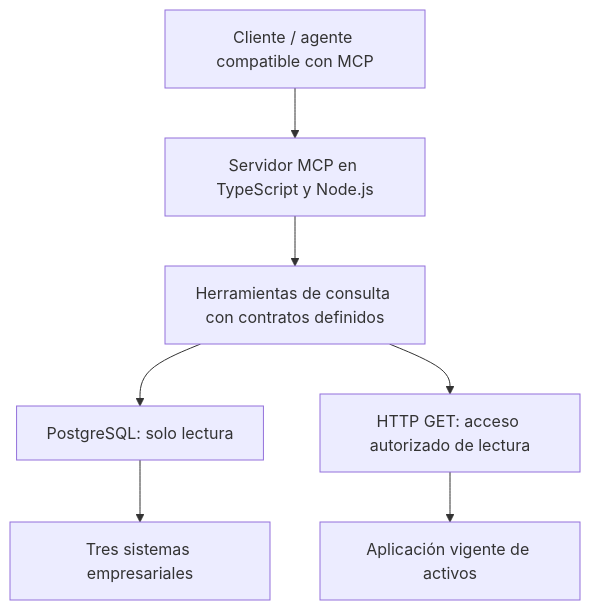
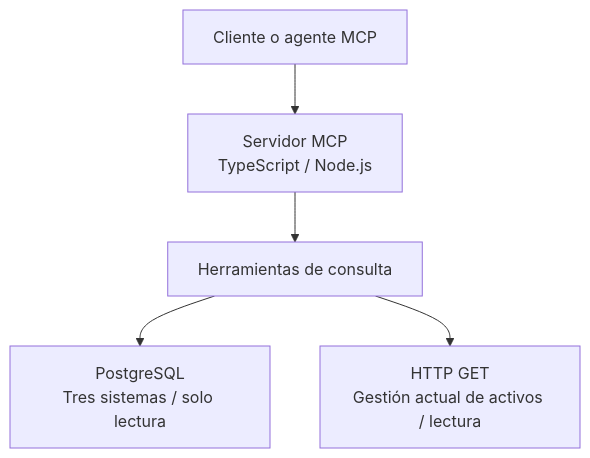
One commit to jotaprogramming/Portfolio changed the diagram in case-study-mcp.md. Above: the diagram before and after it, drawn with Mermaid. The commit also changed other lines of this file and 4 other files, not shown here.

````diff
--- a/case-study-mcp.md
+++ b/case-study-mcp.md
@@ -49,9 +49,7 @@
 ```mermaid
 flowchart TD
-    A["Cliente / agente compatible con MCP"] --> B["Servidor MCP en TypeScript y Node.js"]
-    B --> C["Herramientas de consulta con contratos definidos"]
-    C --> D["PostgreSQL: solo lectura"]
-    C --> E["HTTP GET: acceso autorizado de lectura"]
-    D --> F["Tres sistemas empresariales"]
-    E --> G["Aplicación vigente de activos"]
+    A["Cliente o agente MCP"] --> B["Servidor MCP<br/>TypeScript / Node.js"]
+    B --> C["Herramientas de consulta"]
+    C --> D["PostgreSQL<br/>Tres sistemas / solo lectura"]
+    C --> E["HTTP GET<br/>Gestión actual de activos / lectura"]
 ```
````
